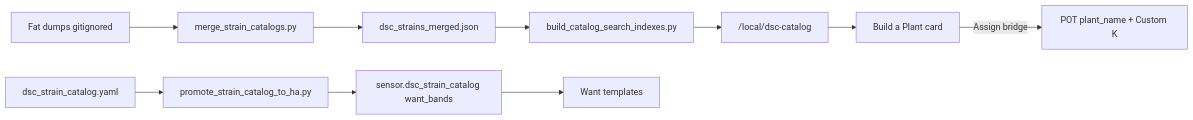
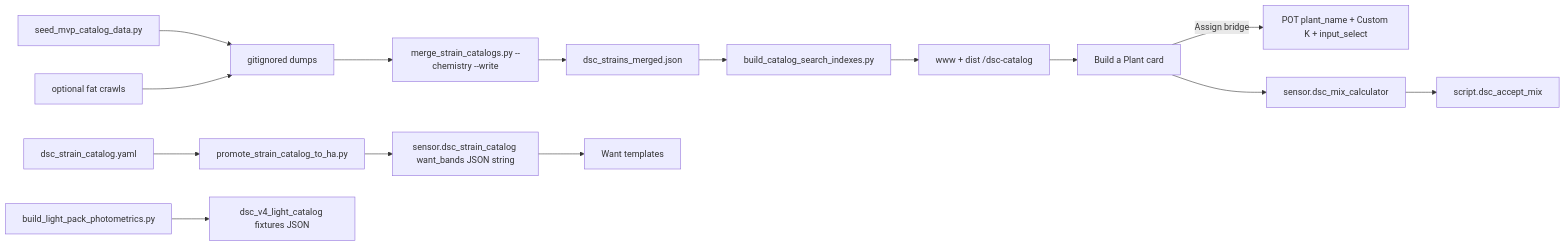
The first of 2 diagrams in docs/qa/BUILD-A-PLANT-DATA-PIPELINE.md (weddas/DSC-HUB), drawn with Mermaid before and after one commit. The commit also changed other lines of this file and 2 other files, not shown here.

First line of the commit message:
Docs: expand N-085 Build a Plant data pipeline and assign bridge.

````diff
--- a/docs/qa/BUILD-A-PLANT-DATA-PIPELINE.md
+++ b/docs/qa/BUILD-A-PLANT-DATA-PIPELINE.md
@@ -3,12 +16,17 @@
 ```mermaid
 flowchart LR
-  dumps["Fat dumps gitignored"] --> merge["merge_strain_catalogs.py"]
+  seed["seed_mvp_catalog_data.py"] --> dumps["gitignored dumps"]
+  fat["optional fat crawls"] --> dumps
+  dumps --> merge["merge_strain_catalogs.py --chemistry --write"]
   merge --> merged["dsc_strains_merged.json"]
   merged --> idx["build_catalog_search_indexes.py"]
-  idx --> www["/local/dsc-catalog"]
+  idx --> www["www + dist /dsc-catalog"]
   www --> card["Build a Plant card"]
   curated["dsc_strain_catalog.yaml"] --> promote["promote_strain_catalog_to_ha.py"]
-  promote --> ha["sensor.dsc_strain_catalog want_bands"]
+  promote --> ha["sensor.dsc_strain_catalog want_bands JSON string"]
   ha --> want["Want templates"]
-  card -->|"Assign bridge"| seat["POT plant_name + Custom K"]
+  photo["build_light_pack_photometrics.py"] --> lightPkg["dsc_v4_light_catalog fixtures JSON"]
+  card -->|"Assign bridge"| seat["POT plant_name + Custom K + input_select"]
+  card --> mix["sensor.dsc_mix_calculator"]
+  mix --> accept["script.dsc_accept_mix"]
 ```
````
